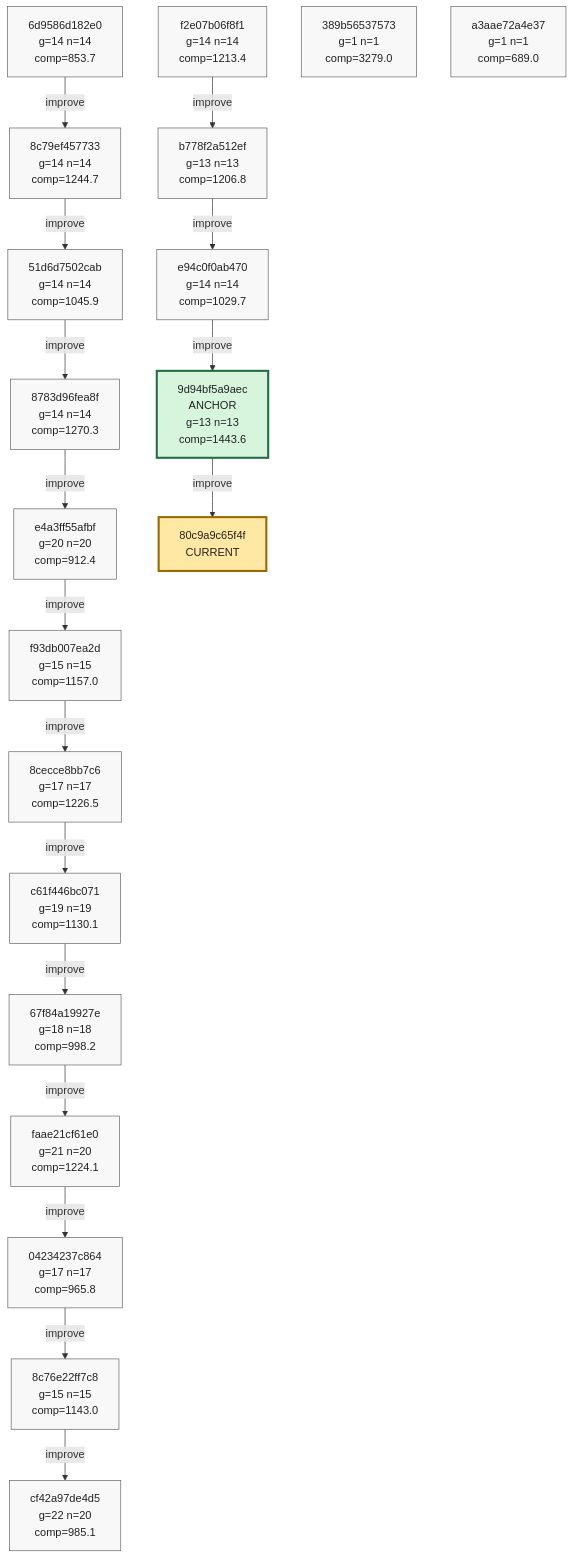
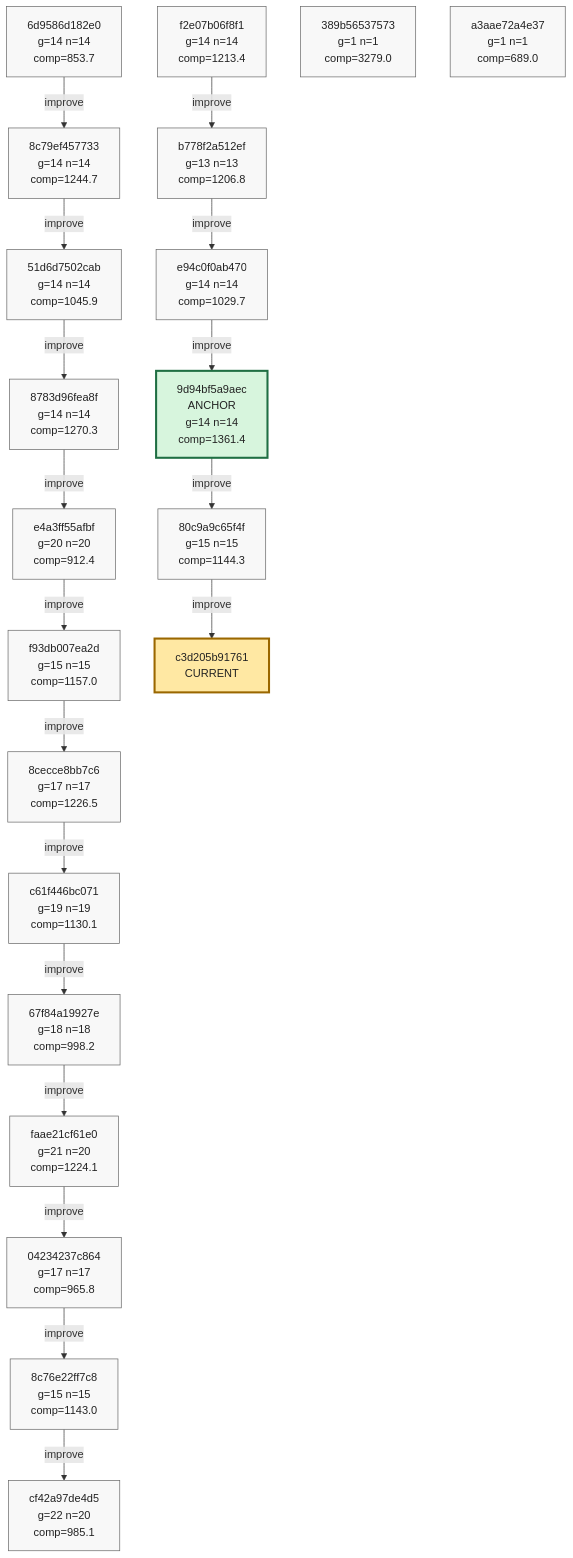
Before and after one commit to azumag/soviet_now: the eighth of 8 diagrams in phyrogenetic-tree.md, drawn with Mermaid. The commit also changed other lines of this file and 2 other files, not shown here.

Commit message:
eloop Improve after 12 games (scores: 1105 2756 2363 1590 2823 1850 690 1603 793 946 1115 956)

````diff
--- a/phyrogenetic-tree.md
+++ b/phyrogenetic-tree.md
@@ -1910,66 +1909,69 @@
 ```mermaid
 flowchart TD
     h_6d9586d182e0["6d9586d182e0<br/>g=14 n=14<br/>comp=853.7"]
     h_8c79ef457733["8c79ef457733<br/>g=14 n=14<br/>comp=1244.7"]
     h_51d6d7502cab["51d6d7502cab<br/>g=14 n=14<br/>comp=1045.9"]
     h_8783d96fea8f["8783d96fea8f<br/>g=14 n=14<br/>comp=1270.3"]
     h_e4a3ff55afbf["e4a3ff55afbf<br/>g=20 n=20<br/>comp=912.4"]
     h_f93db007ea2d["f93db007ea2d<br/>g=15 n=15<br/>comp=1157.0"]
     h_8cecce8bb7c6["8cecce8bb7c6<br/>g=17 n=17<br/>comp=1226.5"]
     h_c61f446bc071["c61f446bc071<br/>g=19 n=19<br/>comp=1130.1"]
     h_67f84a19927e["67f84a19927e<br/>g=18 n=18<br/>comp=998.2"]
     h_faae21cf61e0["faae21cf61e0<br/>g=21 n=20<br/>comp=1224.1"]
     h_04234237c864["04234237c864<br/>g=17 n=17<br/>comp=965.8"]
     h_8c76e22ff7c8["8c76e22ff7c8<br/>g=15 n=15<br/>comp=1143.0"]
     h_cf42a97de4d5["cf42a97de4d5<br/>g=22 n=20<br/>comp=985.1"]
     h_f2e07b06f8f1["f2e07b06f8f1<br/>g=14 n=14<br/>comp=1213.4"]
     h_b778f2a512ef["b778f2a512ef<br/>g=13 n=13<br/>comp=1206.8"]
     h_e94c0f0ab470["e94c0f0ab470<br/>g=14 n=14<br/>comp=1029.7"]
-    h_9d94bf5a9aec["9d94bf5a9aec<br/>ANCHOR<br/>g=13 n=13<br/>comp=1443.6"]
+    h_9d94bf5a9aec["9d94bf5a9aec<br/>ANCHOR<br/>g=14 n=14<br/>comp=1361.4"]
+    h_80c9a9c65f4f["80c9a9c65f4f<br/>g=15 n=15<br/>comp=1144.3"]
     h_389b56537573["389b56537573<br/>g=1 n=1<br/>comp=3279.0"]
     h_a3aae72a4e37["a3aae72a4e37<br/>g=1 n=1<br/>comp=689.0"]
-    h_80c9a9c65f4f["80c9a9c65f4f<br/>CURRENT"]
+    h_c3d205b91761["c3d205b91761<br/>CURRENT"]
 
     h_6d9586d182e0 -->|improve| h_8c79ef457733
     h_8c79ef457733 -->|improve| h_51d6d7502cab
     h_51d6d7502cab -->|improve| h_8783d96fea8f
     h_8783d96fea8f -->|improve| h_e4a3ff55afbf
     h_e4a3ff55afbf -->|improve| h_f93db007ea2d
     h_f93db007ea2d -->|improve| h_8cecce8bb7c6
     h_8cecce8bb7c6 -->|improve| h_c61f446bc071
     h_c61f446bc071 -->|improve| h_67f84a19927e
     h_67f84a19927e -->|improve| h_faae21cf61e0
     h_faae21cf61e0 -->|improve| h_04234237c864
     h_04234237c864 -->|improve| h_8c76e22ff7c8
     h_8c76e22ff7c8 -->|improve| h_cf42a97de4d5
     h_f2e07b06f8f1 -->|improve| h_b778f2a512ef
     h_b778f2a512ef -->|improve| h_e94c0f0ab470
     h_e94c0f0ab470 -->|improve| h_9d94bf5a9aec
     h_9d94bf5a9aec -->|improve| h_80c9a9c65f4f
+    h_80c9a9c65f4f -->|improve| h_c3d205b91761
 
     classDef plain fill:#f8f8f8,stroke:#666,stroke-width:1px,color:#222;
     classDef current fill:#ffe8a3,stroke:#9a6700,stroke-width:3px,color:#222;
     classDef anchor fill:#d7f5dd,stroke:#1f6f43,stroke-width:3px,color:#222;
     classDef current_anchor fill:#f3e4a8,stroke:#1f6f43,stroke-width:4px,color:#222;
 
     class h_6d9586d182e0 plain;
     class h_8c79ef457733 plain;
     class h_51d6d7502cab plain;
     class h_8783d96fea8f plain;
     class h_e4a3ff55afbf plain;
     class h_f93db007ea2d plain;
     class h_8cecce8bb7c6 plain;
     class h_c61f446bc071 plain;
     class h_67f84a19927e plain;
     class h_faae21cf61e0 plain;
     class h_04234237c864 plain;
     class h_8c76e22ff7c8 plain;
     class h_cf42a97de4d5 plain;
     class h_f2e07b06f8f1 plain;
     class h_b778f2a512ef plain;
     class h_e94c0f0ab470 plain;
     class h_9d94bf5a9aec anchor;
+    class h_80c9a9c65f4f plain;
     class h_389b56537573 plain;
     class h_a3aae72a4e37 plain;
-    class h_80c9a9c65f4f current;
+    class h_c3d205b91761 current;
 ```
````
